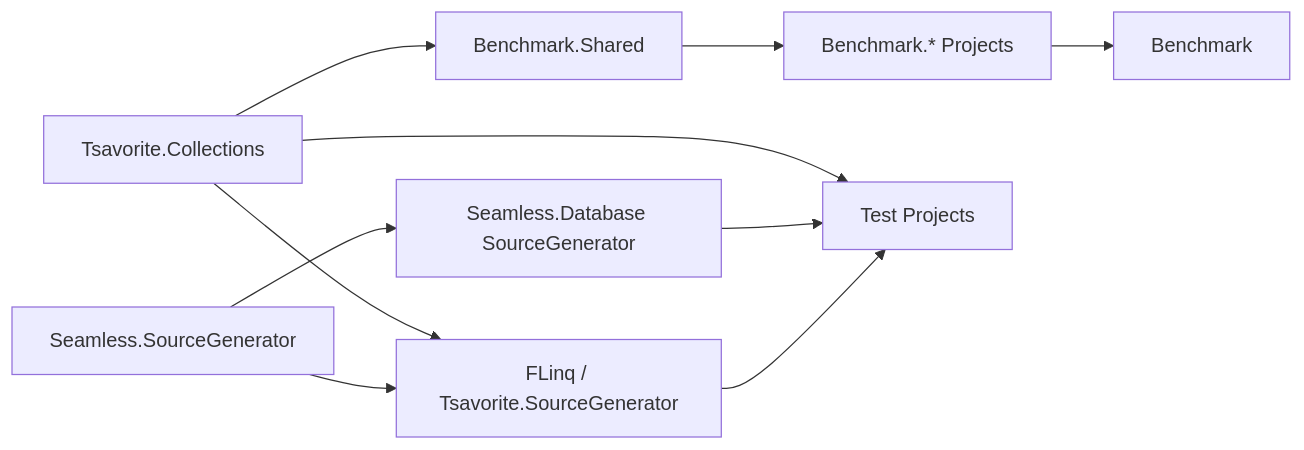
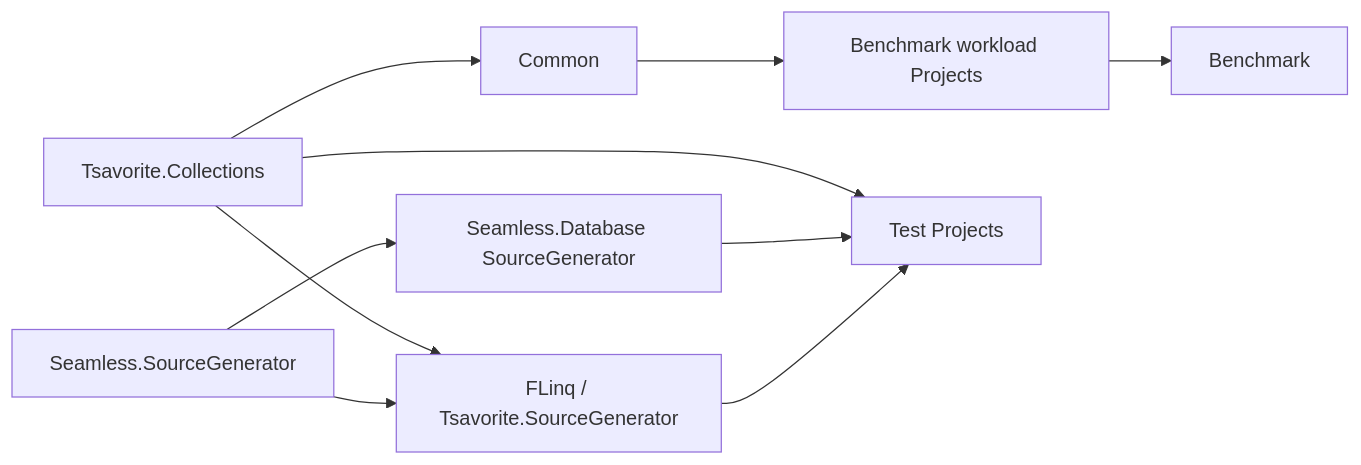
Before and after one commit to AloneCraft/Seamless: the diagram in Document/Code/Internal/StructuralDiagrams/ComponentDiagram.md, drawn with Mermaid. The commit also changed other lines of this file and 389 other files, not shown here.

````diff
--- a/Document/Code/Internal/StructuralDiagrams/ComponentDiagram.md
+++ b/Document/Code/Internal/StructuralDiagrams/ComponentDiagram.md
@@ -17,21 +17,21 @@
 ```mermaid
 flowchart LR
     Shared[Seamless.SourceGenerator]
     FLinq[FLinq / Tsavorite.SourceGenerator]
     DB[Seamless.Database SourceGenerator]
     Collections[Tsavorite.Collections]
-    BenchShared[Benchmark.Shared]
-    BenchProjects[Benchmark.* Projects]
+    BenchShared[Common]
+    BenchProjects[Benchmark workload Projects]
     Tests[Test Projects]
     Uno[Benchmark]
 
     Shared --> FLinq
     Shared --> DB
     Collections --> FLinq
     Collections --> BenchShared
     FLinq --> Tests
     DB --> Tests
     Collections --> Tests
     BenchShared --> BenchProjects
     BenchProjects --> Uno
 ```
````
